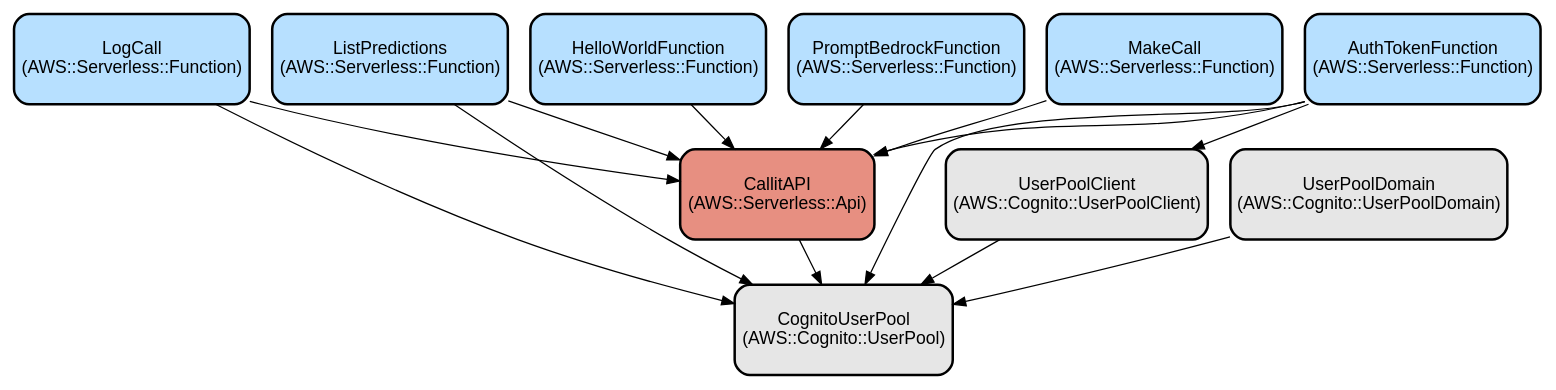
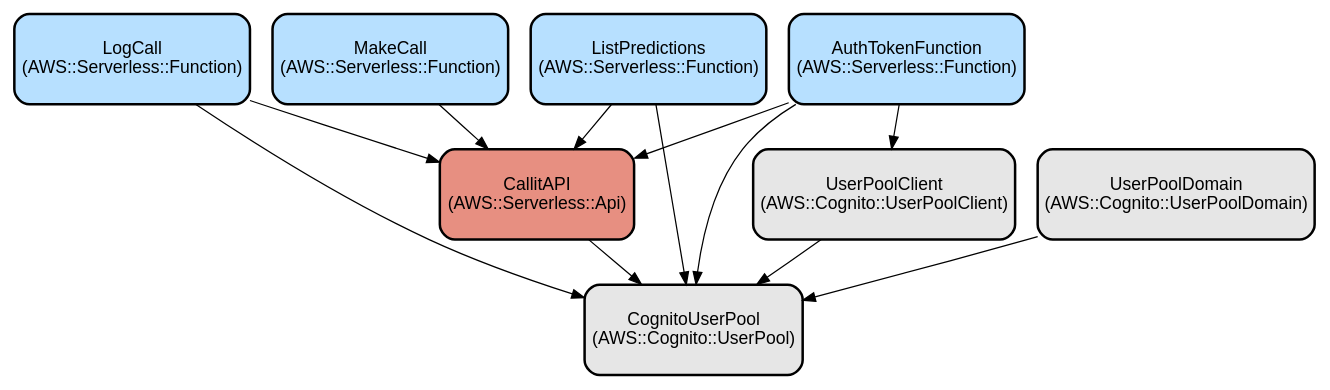
Before and after one commit to dimafarer/calledit: the diagram in docs/infra.dot, drawn with Graphviz. The commit also changed 12 other files, not shown here.

```diff
--- a/docs/infra.dot
+++ b/docs/infra.dot
@@ -1,36 +1,30 @@
 digraph INFRA {
   node [ color = "black", fillcolor = "#E6E6E6", height =1, style = "filled,bold,rounded", fontname = "Arial" ];
   "CallitAPI" [ label = "CallitAPI
 (AWS::Serverless::Api)", shape =rectangle, fillcolor = "#E78F81" ];
-  "HelloWorldFunction" [ label = "HelloWorldFunction
-(AWS::Serverless::Function)", shape =rectangle, fillcolor = "#B7E0FF" ];
-  "PromptBedrockFunction" [ label = "PromptBedrockFunction
-(AWS::Serverless::Function)", shape =rectangle, fillcolor = "#B7E0FF" ];
   "MakeCall" [ label = "MakeCall
 (AWS::Serverless::Function)", shape =rectangle, fillcolor = "#B7E0FF" ];
   "LogCall" [ label = "LogCall
 (AWS::Serverless::Function)", shape =rectangle, fillcolor = "#B7E0FF" ];
   "ListPredictions" [ label = "ListPredictions
 (AWS::Serverless::Function)", shape =rectangle, fillcolor = "#B7E0FF" ];
   "AuthTokenFunction" [ label = "AuthTokenFunction
 (AWS::Serverless::Function)", shape =rectangle, fillcolor = "#B7E0FF" ];
   "CognitoUserPool" [ label = "CognitoUserPool
 (AWS::Cognito::UserPool)", shape =rectangle ];
   "UserPoolClient" [ label = "UserPoolClient
 (AWS::Cognito::UserPoolClient)", shape =rectangle ];
   "UserPoolDomain" [ label = "UserPoolDomain
 (AWS::Cognito::UserPoolDomain)", shape =rectangle ];
   "CallitAPI" -> "CognitoUserPool";
-  "HelloWorldFunction" -> "CallitAPI";
-  "PromptBedrockFunction" -> "CallitAPI";
   "MakeCall" -> "CallitAPI";
   "LogCall" -> "CallitAPI";
   "LogCall" -> "CognitoUserPool";
   "ListPredictions" -> "CallitAPI";
   "ListPredictions" -> "CognitoUserPool";
   "AuthTokenFunction" -> "CallitAPI";
   "AuthTokenFunction" -> "CognitoUserPool";
   "AuthTokenFunction" -> "UserPoolClient";
   "UserPoolClient" -> "CognitoUserPool";
   "UserPoolDomain" -> "CognitoUserPool";
 }
```
